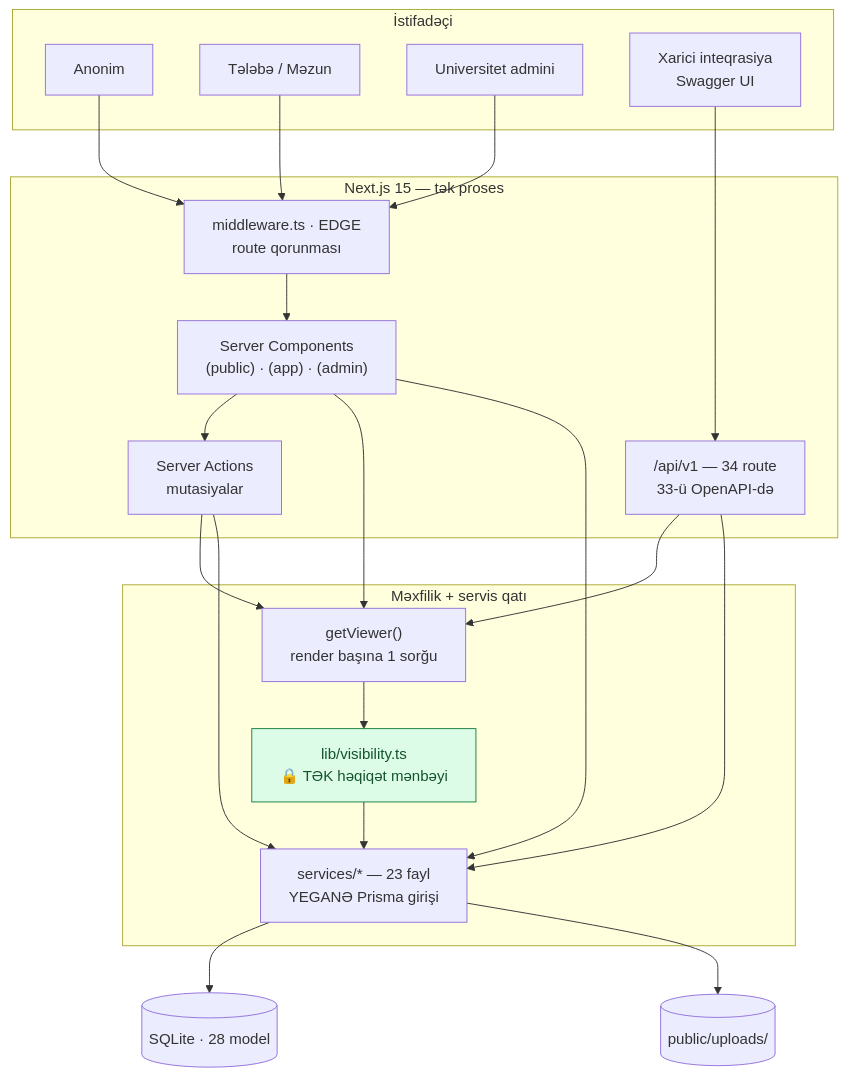
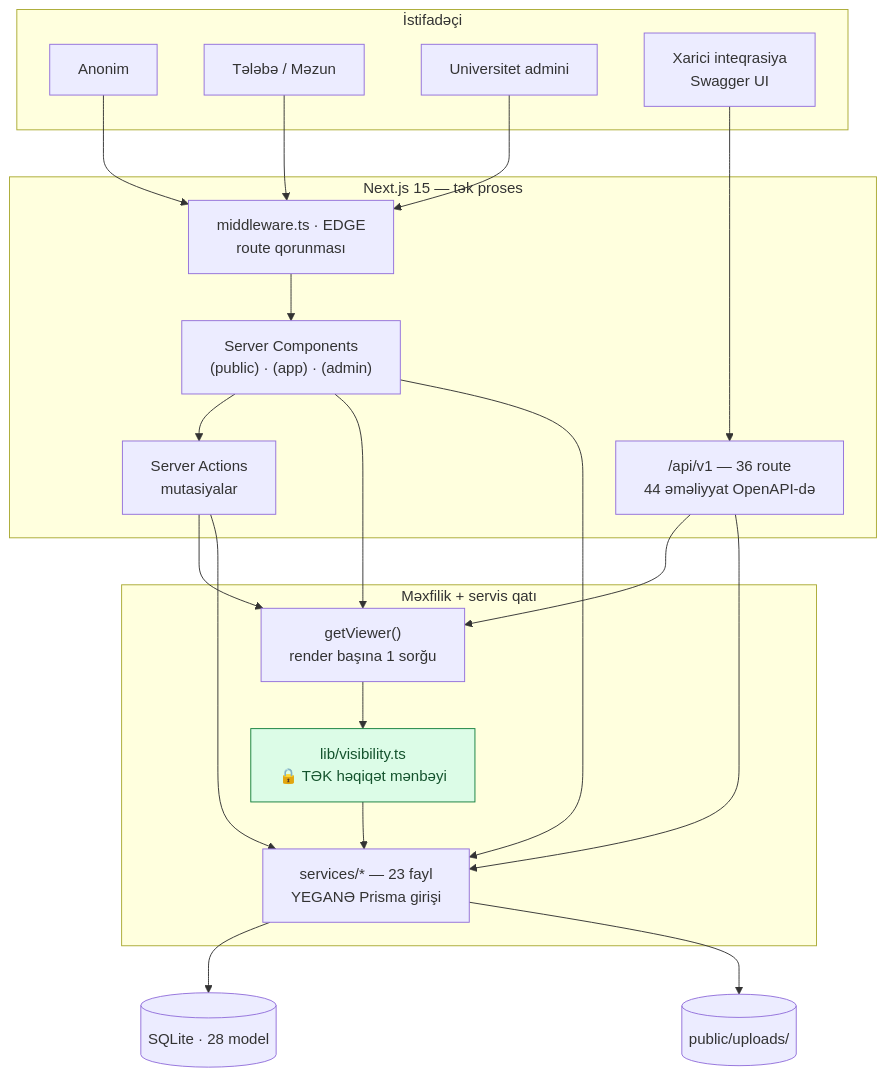
Before and after one commit to ElmeddinH/qu-class: the diagram in README.md, drawn with Mermaid. The commit also changed other lines of this file and 5 other files, not shown here.

Commit message:
docs(api): export static OpenAPI document for offline review

````diff
--- a/README.md
+++ b/README.md
@@ -178,47 +178,47 @@
 ```mermaid
 flowchart TB
     subgraph Cl["İstifadəçi"]
         A["Anonim"]
         U["Tələbə / Məzun"]
         AD["Universitet admini"]
         EX["Xarici inteqrasiya<br/>Swagger UI"]
     end
 
     subgraph N["Next.js 15 — tək proses"]
         MW["middleware.ts · EDGE<br/>route qorunması"]
         RSC["Server Components<br/>(public) · (app) · (admin)"]
         SA["Server Actions<br/>mutasiyalar"]
-        API["/api/v1 — 34 route<br/>33-ü OpenAPI-də"]
+        API["/api/v1 — 36 route<br/>44 əməliyyat OpenAPI-də"]
     end
 
     subgraph C["Məxfilik + servis qatı"]
         VW["getViewer()<br/>render başına 1 sorğu"]
         VIS["lib/visibility.ts<br/>🔒 TƏK həqiqət mənbəyi"]
         SVC["services/* — 23 fayl<br/>YEGANƏ Prisma girişi"]
     end
 
     DB[("SQLite · 28 model")]
     FS[("public/uploads/")]
 
     A --> MW
     U --> MW
     AD --> MW
     EX --> API
 
     MW --> RSC
     RSC --> SA
     RSC --> VW
     SA --> VW
     API --> VW
 
     VW --> VIS
     VIS --> SVC
     RSC --> SVC
     SA --> SVC
     API --> SVC
 
     SVC --> DB
     SVC --> FS
 
     style VIS fill:#dcfce7,stroke:#15803d,color:#14532d
 ```
````
